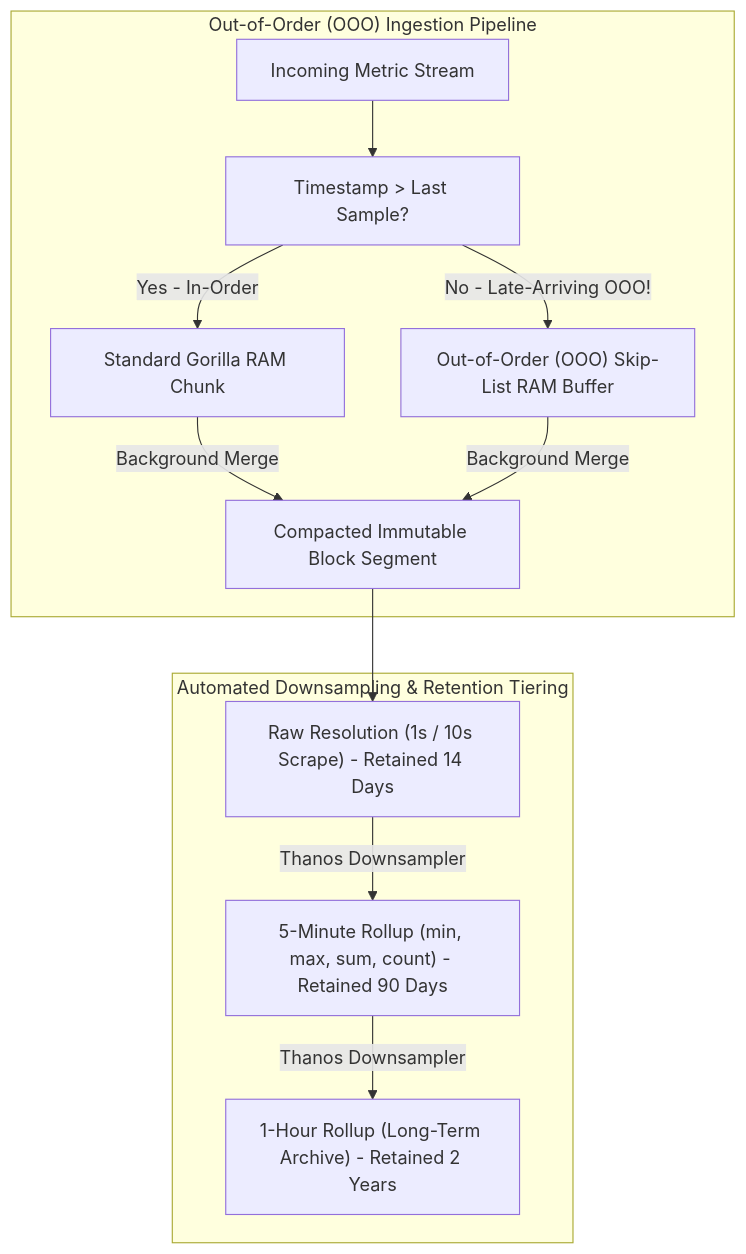
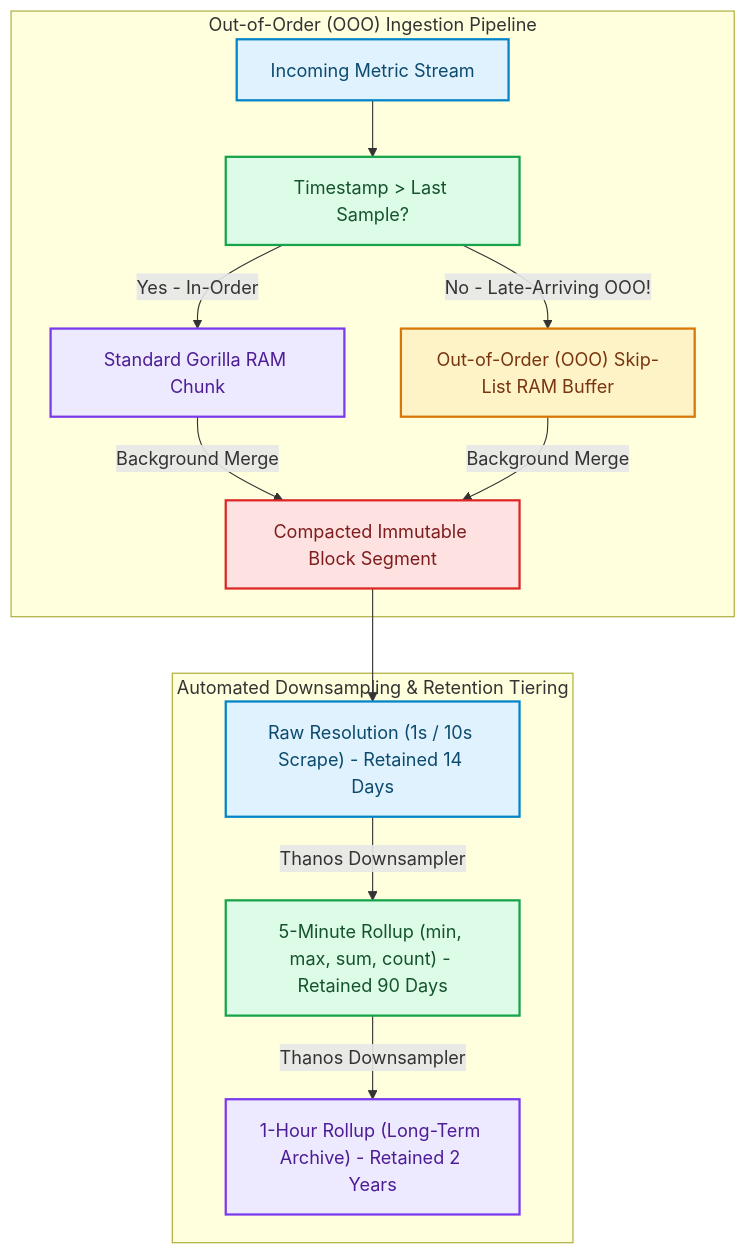
Before and after one commit to akmalkhaniub/akmalkhaniub.github.io: the diagram in blog/posts/out-of-order-ingestion-downsampling-retention-rollups.md, drawn with Mermaid. The commit also changed other lines of this file and 1291 other files, not shown here.

First line of the commit message:
feat(catalog): unique covers, scholarly references, and diagram palettes

````diff
--- a/blog/posts/out-of-order-ingestion-downsampling-retention-rollups.md
+++ b/blog/posts/out-of-order-ingestion-downsampling-retention-rollups.md
@@ -21,16 +21,27 @@
 ```mermaid
 flowchart TD
   subgraph SG1_OutOfOrder ["Out-of-Order (OOO) Ingestion Pipeline"]
-    MetricStream[Incoming Metric Stream] --> CheckTime["Timestamp > Last Sample?"]
-    CheckTime -->|Yes - In-Order| NormalHead[Standard Gorilla RAM Chunk]
+    MetricStream["Incoming Metric Stream"] --> CheckTime["Timestamp > Last Sample?"]
+    CheckTime -->|Yes - In-Order| NormalHead["Standard Gorilla RAM Chunk"]
     CheckTime -->|No - Late-Arriving OOO!| OOOBuffer[" Out-of-Order (OOO) Skip-List RAM Buffer"]
     
-    NormalHead & OOOBuffer -->|Background Merge| CompactedChunk[Compacted Immutable Block Segment]
+    NormalHead & OOOBuffer -->|Background Merge| CompactedChunk["Compacted Immutable Block Segment"]
   end
   
   subgraph SG2_AutomatedDownsamplingRetention ["Automated Downsampling & Retention Tiering"]
     CompactedChunk --> RawTier["Raw Resolution (1s / 10s Scrape) - Retained 14 Days"]
     RawTier -->|Thanos Downsampler| Tier5m["5-Minute Rollup (min, max, sum, count) - Retained 90 Days"]
     Tier5m -->|Thanos Downsampler| Tier1h["1-Hour Rollup (Long-Term Archive) - Retained 2 Years"]
   end
+
+classDef green fill:#dcfce7,stroke:#16a34a,stroke-width:2px,color:#14532d;
+classDef red fill:#fee2e2,stroke:#dc2626,stroke-width:2px,color:#7f1d1d;
+classDef blue fill:#e0f2fe,stroke:#0284c7,stroke-width:2px,color:#0c4a6e;
+classDef yellow fill:#fef3c7,stroke:#d97706,stroke-width:2px,color:#78350f;
+classDef purple fill:#ede9fe,stroke:#7c3aed,stroke-width:2px,color:#4c1d95;
+class MetricStream,RawTier blue
+class CheckTime,Tier5m green
+class NormalHead,Tier1h purple
+class OOOBuffer yellow
+class CompactedChunk red
 ```
````
